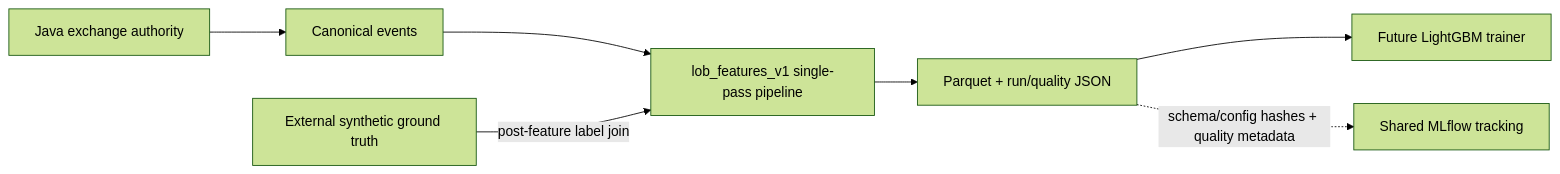
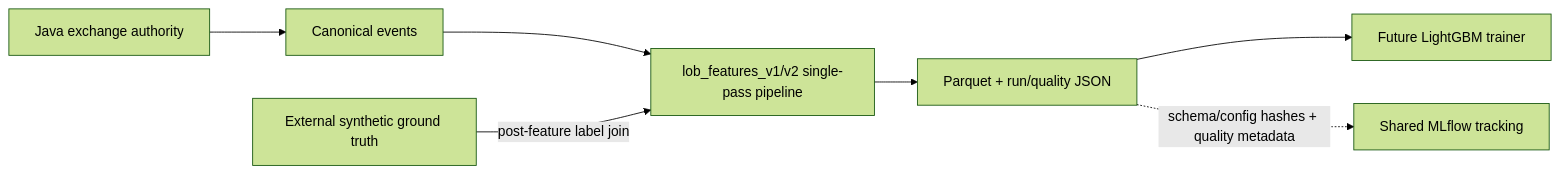
The diagram in docs/architecture/ARD-0024-versioned-causal-feature-engineering.md (khab40/lob-arena), drawn with Mermaid (forest theme) before and after one commit. The commit also changed other lines of this file and 34 other files, not shown here.

Commit message:
feat(ml): add governed float32 feature schema v2

````diff
--- a/docs/architecture/ARD-0024-versioned-causal-feature-engineering.md
+++ b/docs/architecture/ARD-0024-versioned-causal-feature-engineering.md
@@ -43,17 +46,17 @@
 ```mermaid
 graph LR
     Java["Java exchange authority"]
     Canonical["Canonical events"]
-    Pipeline["lob_features_v1 single-pass pipeline"]
+    Pipeline["lob_features_v1/v2 single-pass pipeline"]
     Truth["External synthetic ground truth"]
     Dataset["Parquet + run/quality JSON"]
     Future["Future LightGBM trainer"]
     MLflow["Shared MLflow tracking"]
 
     Java --> Canonical
     Canonical --> Pipeline
     Truth -->|"post-feature label join"| Pipeline
     Pipeline --> Dataset
     Dataset --> Future
     Dataset -. "schema/config hashes + quality metadata" .-> MLflow
 ```
````
